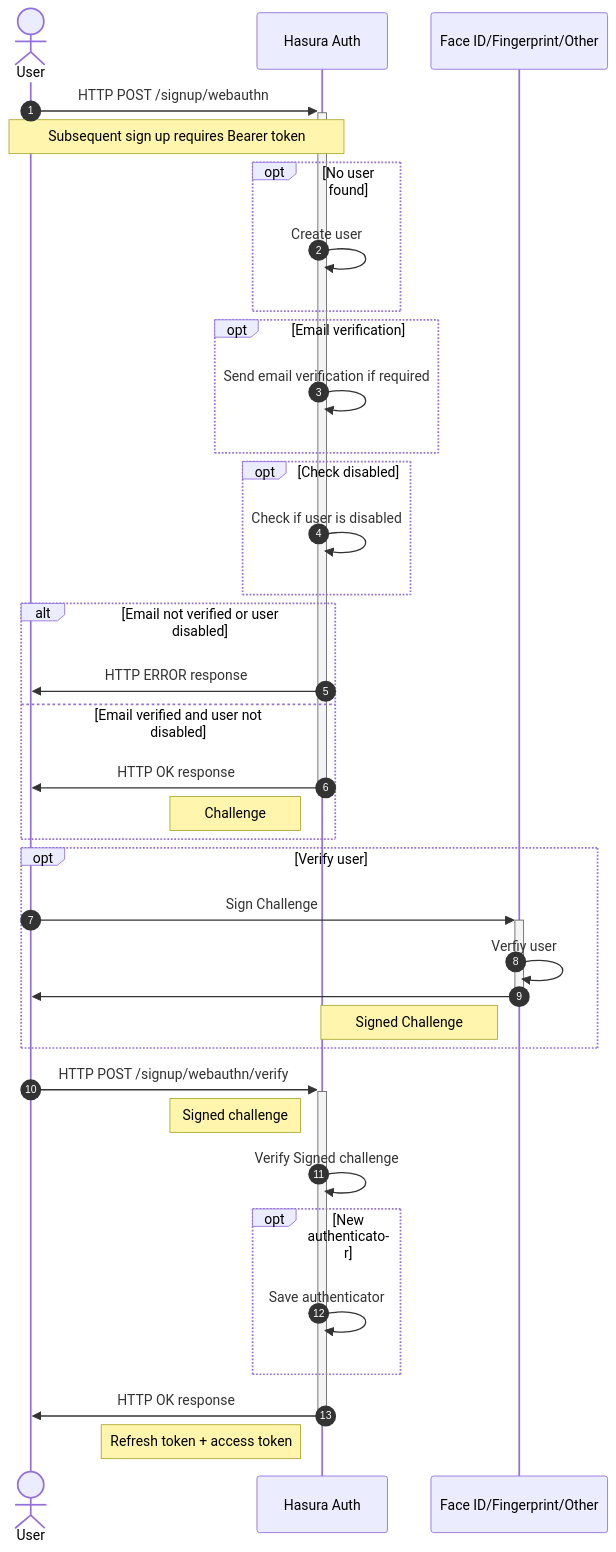
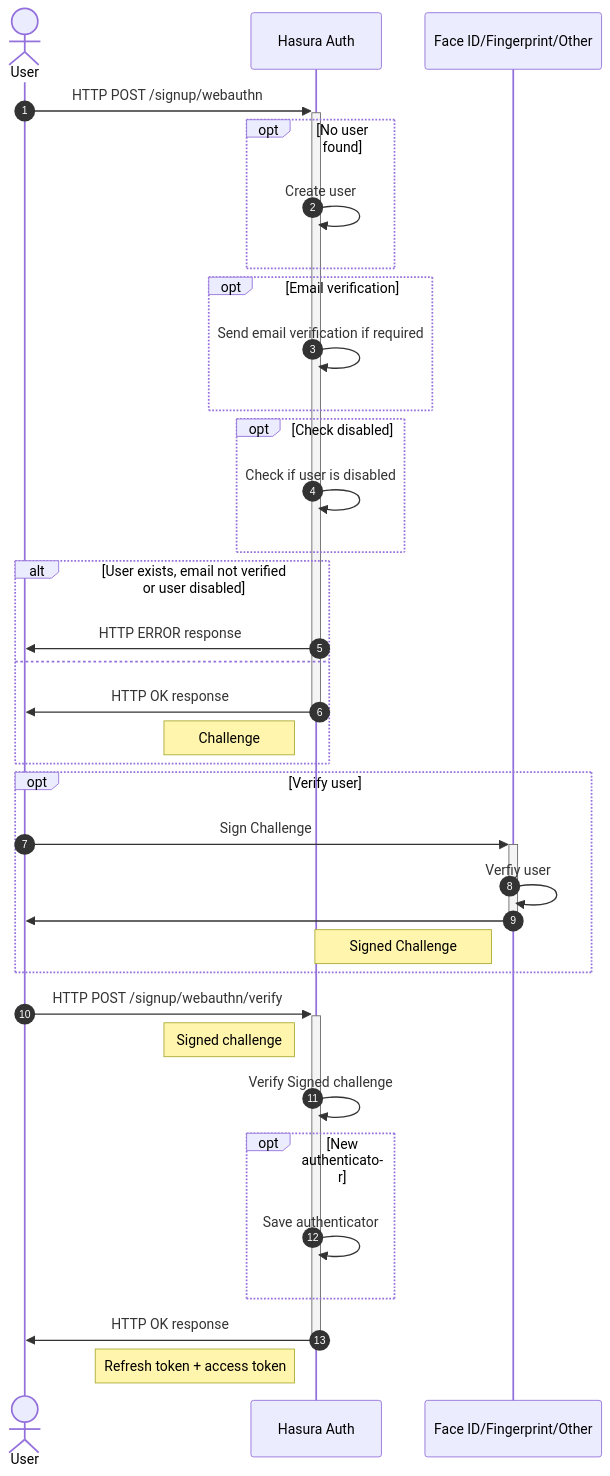
One commit to nhost/nhost changed the first of 3 diagrams in docs/workflows/webauthn.md. Above: the diagram before and after it, drawn with Mermaid. The commit also changed other lines of this file and 9 other files, not shown here.

````diff
--- a/docs/workflows/webauthn.md
+++ b/docs/workflows/webauthn.md
@@ -8,38 +7,37 @@
 ```mermaid
 sequenceDiagram
 	autonumber
 	actor U as User
 	participant A as Hasura Auth
 	participant G as Face ID/Fingerprint/Other
 	U->>+A: HTTP POST /signup/webauthn
-     Note over U,A: Subsequent sign up requires Bearer token
     opt No user found
 		A->>A: Create user
 	end
     opt Email verification
 		A->>A: Send email verification if required
 	end
     opt Check disabled
         A->>A: Check if user is disabled
     end
-    alt Email not verified or user disabled
+    alt User exists, email not verified or user disabled
         A->>U: HTTP ERROR response
-    else Email verified and user not disabled
+    else 
         A->>-U: HTTP OK response
         Note left of A: Challenge
     end
     opt Verify user
         U->>+G: Sign Challenge
         G->>-G: Verfiy user 
         G->>U: 
         Note left of G: Signed Challenge 
     end
     U->>+A: HTTP POST /signup/webauthn/verify
     Note left of A: Signed challenge
     A->>A: Verify Signed challenge
     opt New authenticator
 		A->>A: Save authenticator
 	end
     A->>-U: HTTP OK response 
     Note left of A: Refresh token + access token
 ```
````
